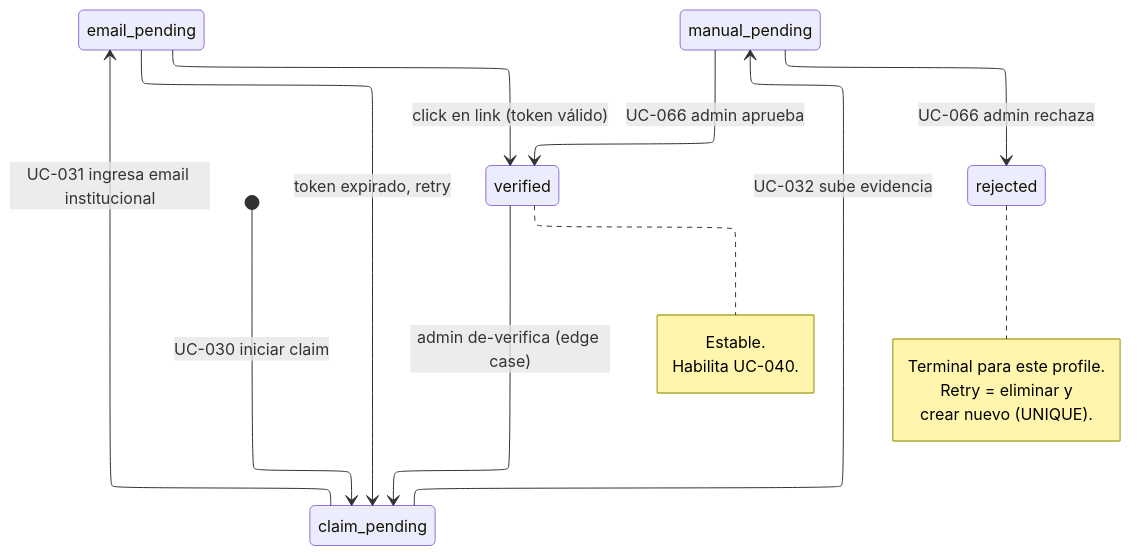
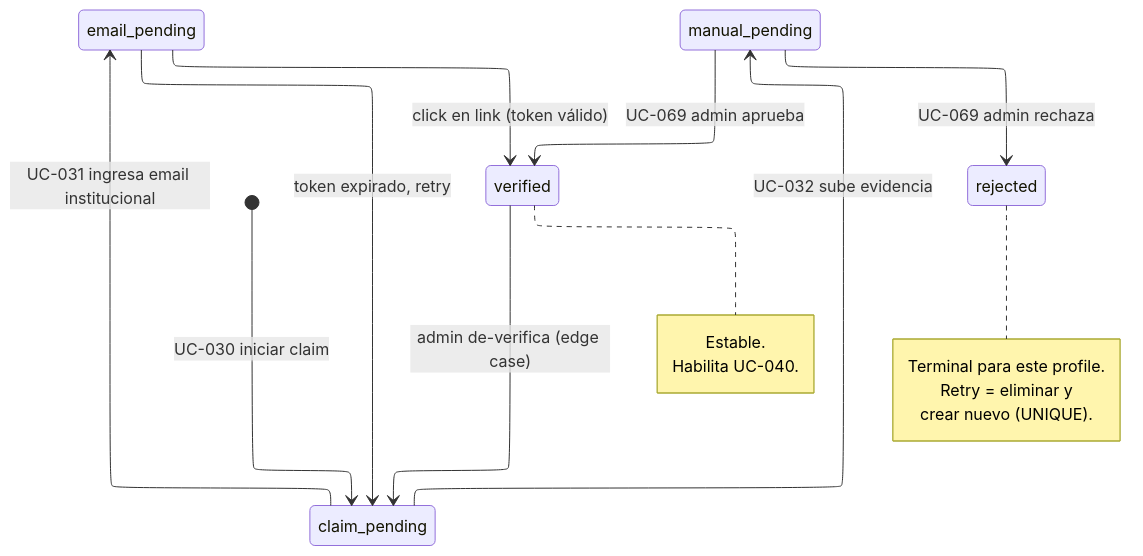
The first of 5 diagrams in docs/domain/verification-flows.md (lucasidev/plan-b), drawn with Mermaid before and after one commit. The commit also changed other lines of this file and 54 other files, not shown here.

````diff
--- a/docs/domain/verification-flows.md
+++ b/docs/domain/verification-flows.md
@@ -31,30 +31,30 @@
 ```mermaid
 ---
 config:
     layout: elk
 ---
 stateDiagram-v2
     [*] --> claim_pending : UC-030 iniciar claim
 
     claim_pending --> email_pending : UC-031 ingresa email institucional
     claim_pending --> manual_pending : UC-032 sube evidencia
 
     email_pending --> verified : click en link (token válido)
     email_pending --> claim_pending : token expirado, retry
 
-    manual_pending --> verified : UC-066 admin aprueba
-    manual_pending --> rejected : UC-066 admin rechaza
+    manual_pending --> verified : UC-069 admin aprueba
+    manual_pending --> rejected : UC-069 admin rechaza
 
     verified --> claim_pending : admin de-verifica (edge case)
 
     note right of verified
         Estable.
         Habilita UC-040.
     end note
 
     note right of rejected
         Terminal para este profile.
         Retry = eliminar y
         crear nuevo (UNIQUE).
     end note
 ```
````
